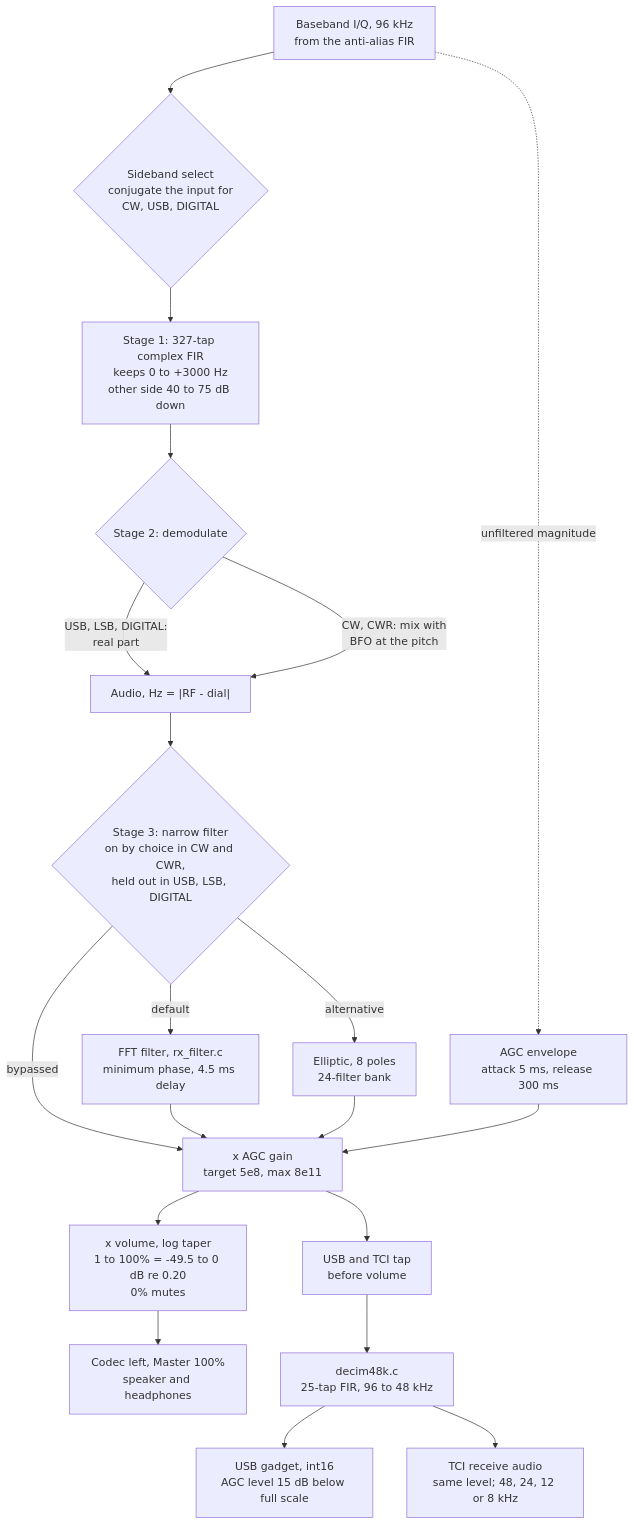
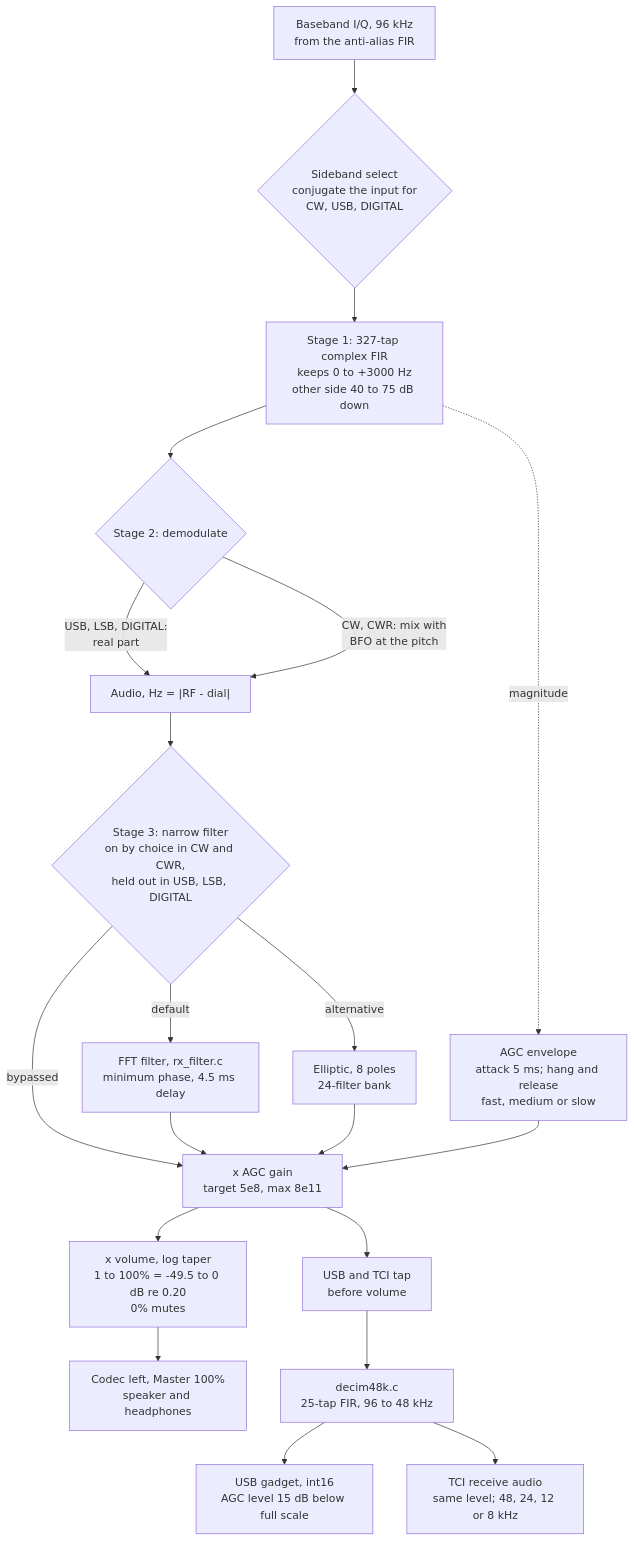
Before and after one commit to MikeJohnshoy/maxibitx: the third of 4 diagrams in docs/00_intro.md, drawn with Mermaid. The commit also changed other lines of this file, not shown here.

First line of the commit message:
Clarify AGC measurement and speed effects

````diff
--- a/docs/00_intro.md
+++ b/docs/00_intro.md
@@ -948,22 +948,22 @@
 ```mermaid
 flowchart TD
     IQ["Baseband I/Q, 96 kHz<br/>from the anti-alias FIR"] --> SEL{"Sideband select<br/>conjugate the input for<br/>CW, USB, DIGITAL"}
-    IQ -.->|"unfiltered magnitude"| AGCE["AGC envelope<br/>attack 5 ms, release 300 ms"]
     SEL --> S1["Stage 1: 327-tap complex FIR<br/>keeps 0 to +3000 Hz<br/>other side 40 to 75 dB down"]
+    S1 -.->|"magnitude"| AGCE["AGC envelope<br/>attack 5 ms; hang and release<br/>fast, medium or slow"]
     S1 --> S2{"Stage 2: demodulate"}
     S2 -->|"USB, LSB, DIGITAL:<br/>real part"| A["Audio, Hz = |RF - dial|"]
     S2 -->|"CW, CWR: mix with<br/>BFO at the pitch"| A
     A --> S3{"Stage 3: narrow filter<br/>on by choice in CW and CWR,<br/>held out in USB, LSB, DIGITAL"}
     S3 -->|"default"| FFT["FFT filter, rx_filter.c<br/>minimum phase, 4.5 ms delay"]
     S3 -->|"alternative"| ELL["Elliptic, 8 poles<br/>24-filter bank"]
     S3 -->|"bypassed"| G
     FFT --> G["x AGC gain<br/>target 5e8, max 8e11"]
     ELL --> G
     AGCE --> G
     G --> UAC["USB and TCI tap<br/>before volume"]
     G --> VOL["x volume, log taper<br/>1 to 100% = -49.5 to 0 dB re 0.20<br/>0% mutes"]
     VOL --> SPK["Codec left, Master 100%<br/>speaker and headphones"]
     UAC --> DEC["decim48k.c<br/>25-tap FIR, 96 to 48 kHz"]
     DEC --> USB["USB gadget, int16<br/>AGC level 15 dB below full scale"]
     DEC --> TCIA["TCI receive audio<br/>same level; 48, 24, 12 or 8 kHz"]
 ```
````
